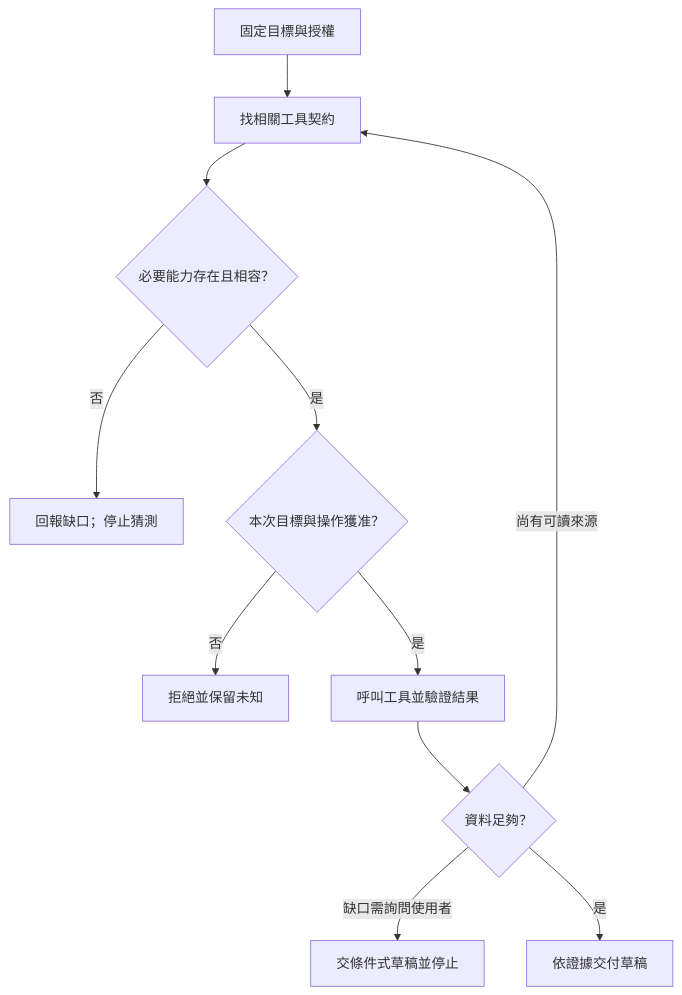
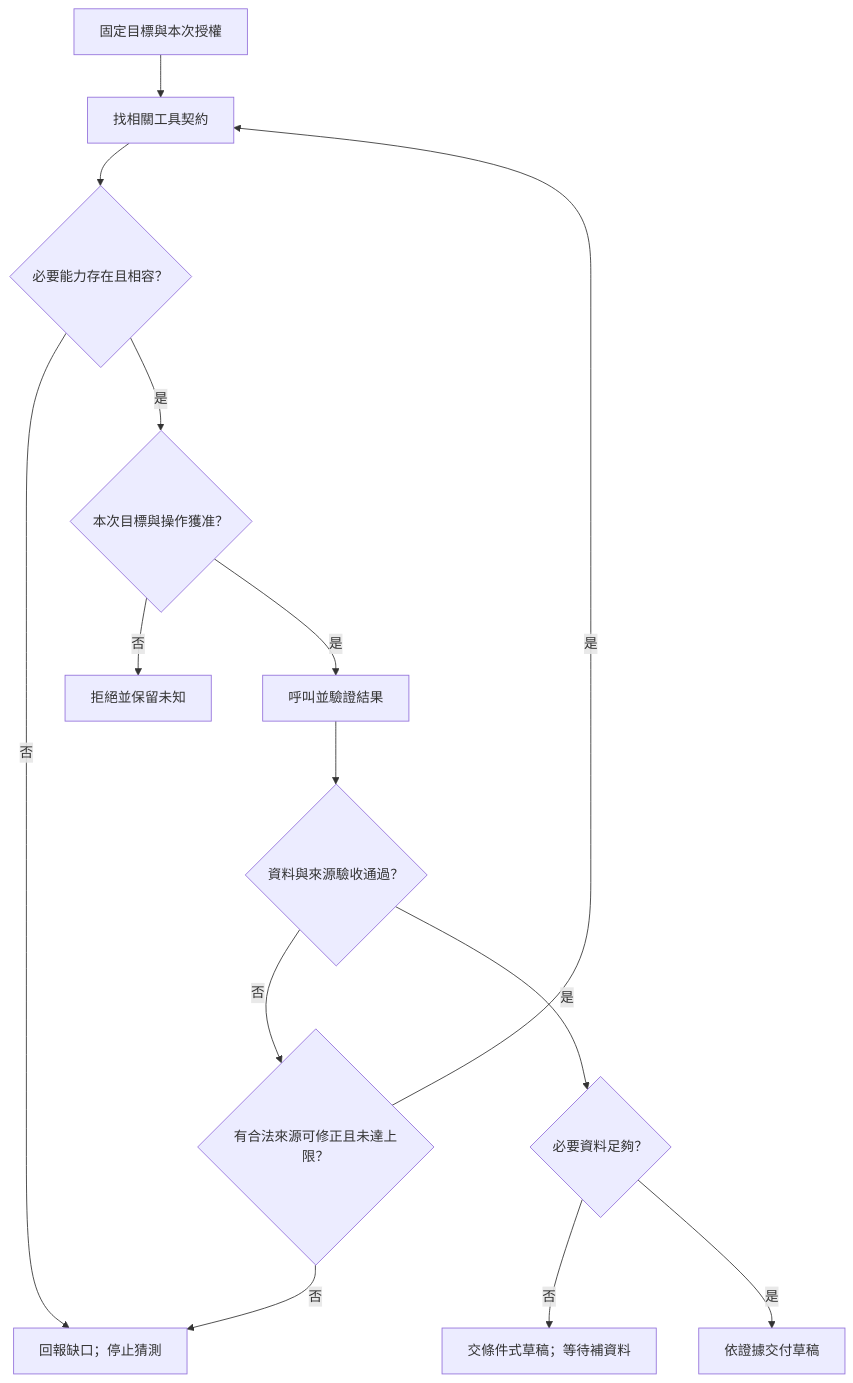
One commit to easyvibecoding/Agent-Engineering changed the diagram in chapters/protocols/09-mcp-skills-and-discovery/lesson.md. Above: the diagram before and after it, drawn with Mermaid. The commit also changed other lines of this file and 134 other files, not shown here.

````diff
--- a/chapters/protocols/09-mcp-skills-and-discovery/lesson.md
+++ b/chapters/protocols/09-mcp-skills-and-discovery/lesson.md
@@ -107,13 +90,16 @@
 ```mermaid
 flowchart TD
-    A[固定目標與授權] --> B[找相關工具契約]
+    A[固定目標與本次授權] --> B[找相關工具契約]
     B --> C{必要能力存在且相容？}
     C -- 否 --> X[回報缺口；停止猜測]
     C -- 是 --> D{本次目標與操作獲准？}
     D -- 否 --> Y[拒絕並保留未知]
-    D -- 是 --> E[呼叫工具並驗證結果]
-    E --> F{資料足夠？}
-    F -- 尚有可讀來源 --> B
-    F -- 缺口需詢問使用者 --> G[交條件式草稿並停止]
-    F -- 是 --> H[依證據交付草稿]
+    D -- 是 --> E[呼叫並驗證結果]
+    E --> F{資料與來源驗收通過？}
+    F -- 否 --> R{有合法來源可修正且未達上限？}
+    R -- 是 --> B
+    R -- 否 --> X
+    F -- 是 --> G{必要資料足夠？}
+    G -- 否 --> H[交條件式草稿；等待補資料]
+    G -- 是 --> I[依證據交付草稿]
 ```
````
